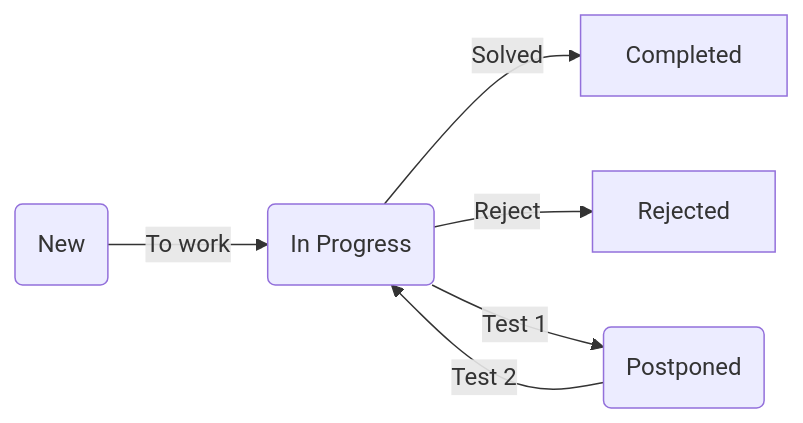
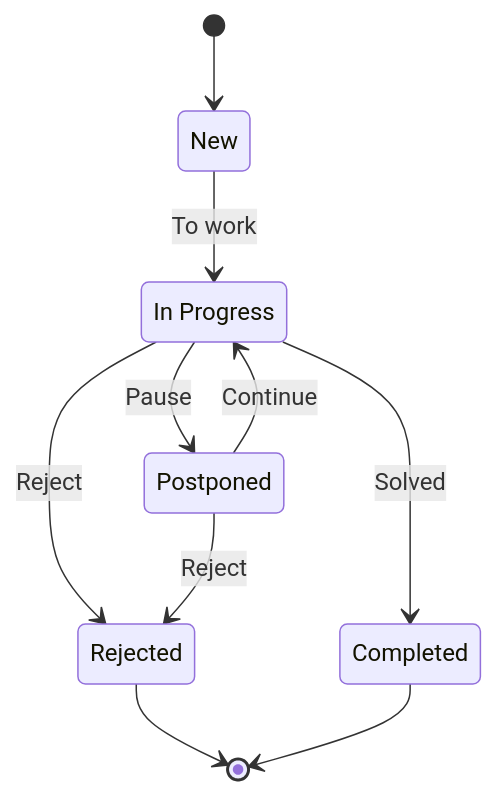
The diagram in docs/mvp.md (krivobokovvv/project-life), drawn with Mermaid before and after one commit.

Commit message:
Update state diagram.

````diff
--- a/docs/mvp.md
+++ b/docs/mvp.md
@@ -30,14 +30,18 @@
 ```mermaid
-flowchart LR
-    N(New)
-    P(In Progress)
-    Pp(Postponed)
-    C[Completed]
-    R[Rejected]
+stateDiagram-v2
+    N : New
+    P : In Progress
+    Pp : Postponed
+    C : Completed
+    R : Rejected
 
-    N -- To work --> P
-    P -- Solved --> C
-    P -- Reject --> R
-    P -- Test 1 --> Pp
-    Pp -- Test 2 --> P
+    [*] --> N
+    N --> P : To work
+    P --> R : Reject
+    P --> C : Solved
+    P --> Pp : Pause
+    Pp --> P : Continue
+    Pp --> R : Reject
+    R --> [*]
+    C --> [*]
 ```
````
